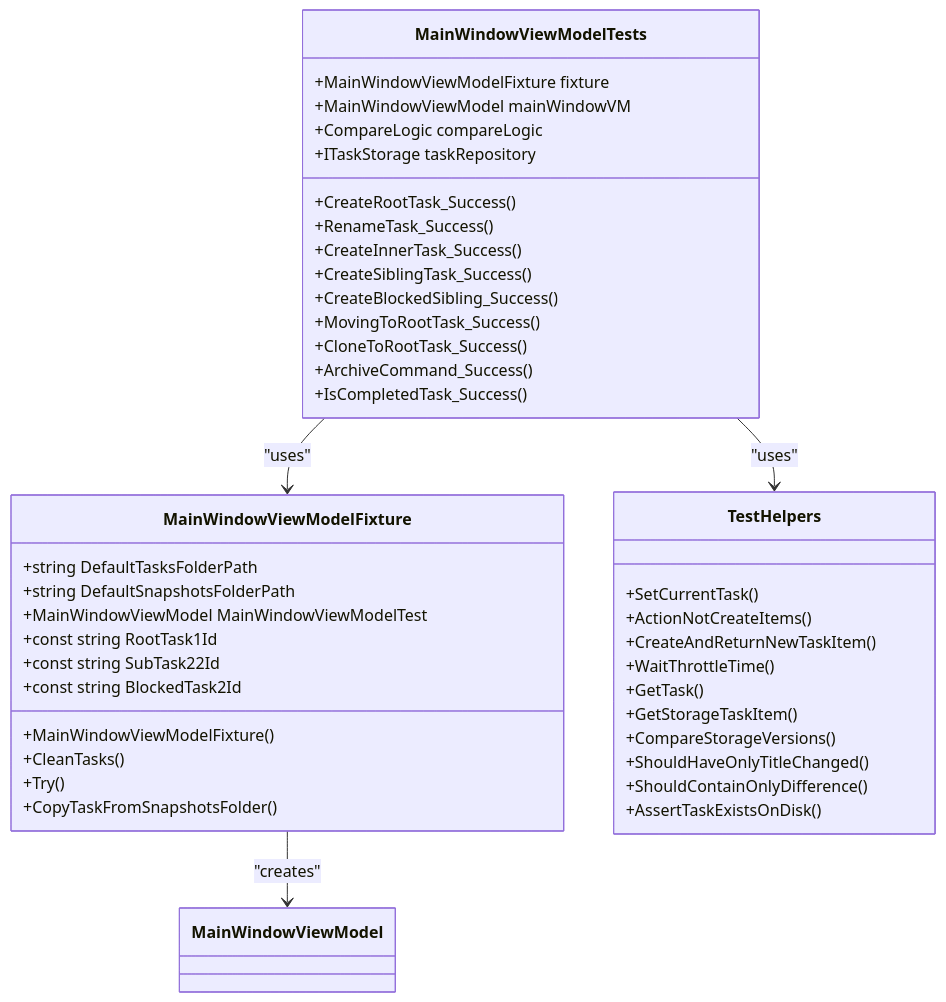
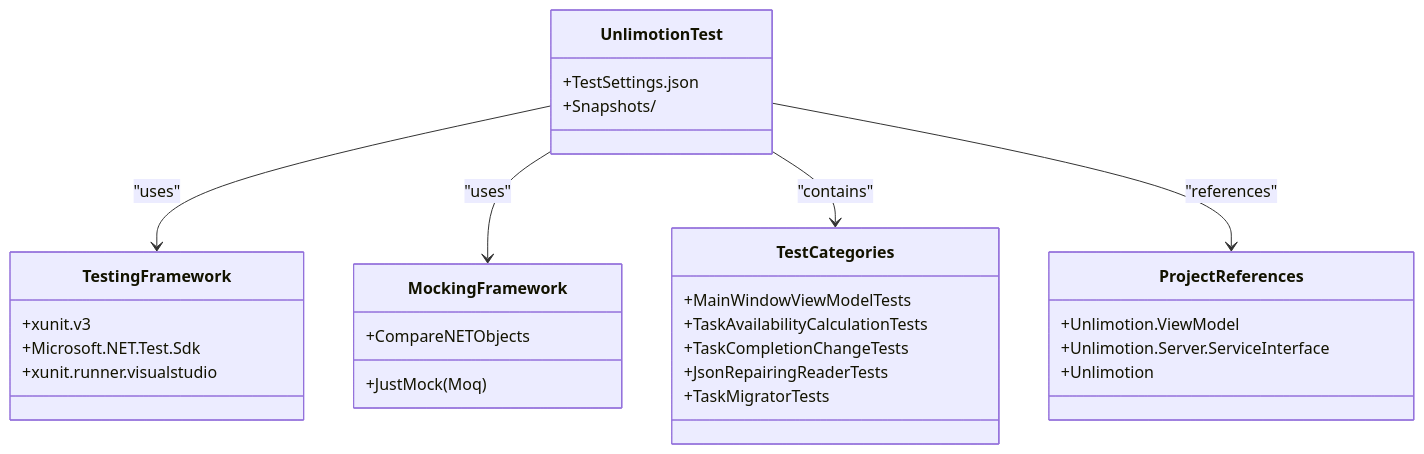
The second of 2 diagrams in .qoder/repowiki/en/content/Development Guide.md (Kibnet/Unlimotion), drawn with Mermaid before and after one commit. The commit also changed other lines of this file and 216 other files, not shown here.

````diff
--- a/.qoder/repowiki/en/content/Development Guide.md
+++ b/.qoder/repowiki/en/content/Development Guide.md
@@ -80,45 +204,32 @@
 ```mermaid
 classDiagram
-class MainWindowViewModelTests {
-+MainWindowViewModelFixture fixture
-+MainWindowViewModel mainWindowVM
-+CompareLogic compareLogic
-+ITaskStorage taskRepository
-+CreateRootTask_Success()
-+RenameTask_Success()
-+CreateInnerTask_Success()
-+CreateSiblingTask_Success()
-+CreateBlockedSibling_Success()
-+MovingToRootTask_Success()
-+CloneToRootTask_Success()
-+ArchiveCommand_Success()
-+IsCompletedTask_Success()
+class UnlimotionTest {
++TestSettings.json
++Snapshots/
 }
-class MainWindowViewModelFixture {
-+string DefaultTasksFolderPath
-+string DefaultSnapshotsFolderPath
-+MainWindowViewModel MainWindowViewModelTest
-+const string RootTask1Id
-+const string SubTask22Id
-+const string BlockedTask2Id
-+MainWindowViewModelFixture()
-+CleanTasks()
-+Try()
-+CopyTaskFromSnapshotsFolder()
+class TestingFramework {
++xunit.v3
++Microsoft.NET.Test.Sdk
++xunit.runner.visualstudio
 }
-class TestHelpers {
-+SetCurrentTask()
-+ActionNotCreateItems()
-+CreateAndReturnNewTaskItem()
-+WaitThrottleTime()
-+GetTask()
-+GetStorageTaskItem()
-+CompareStorageVersions()
-+ShouldHaveOnlyTitleChanged()
-+ShouldContainOnlyDifference()
-+AssertTaskExistsOnDisk()
+class MockingFramework {
++JustMock (Moq)
++CompareNETObjects
 }
-MainWindowViewModelTests --> MainWindowViewModelFixture : "uses"
-MainWindowViewModelTests --> TestHelpers : "uses"
-MainWindowViewModelFixture --> MainWindowViewModel : "creates"
+class TestCategories {
++MainWindowViewModelTests
++TaskAvailabilityCalculationTests
++TaskCompletionChangeTests
++JsonRepairingReaderTests
++TaskMigratorTests
+}
+class ProjectReferences {
++Unlimotion.ViewModel
++Unlimotion.Server.ServiceInterface
++Unlimotion
+}
+UnlimotionTest --> TestingFramework : "uses"
+UnlimotionTest --> MockingFramework : "uses"
+UnlimotionTest --> TestCategories : "contains"
+UnlimotionTest --> ProjectReferences : "references"
 ```
````
